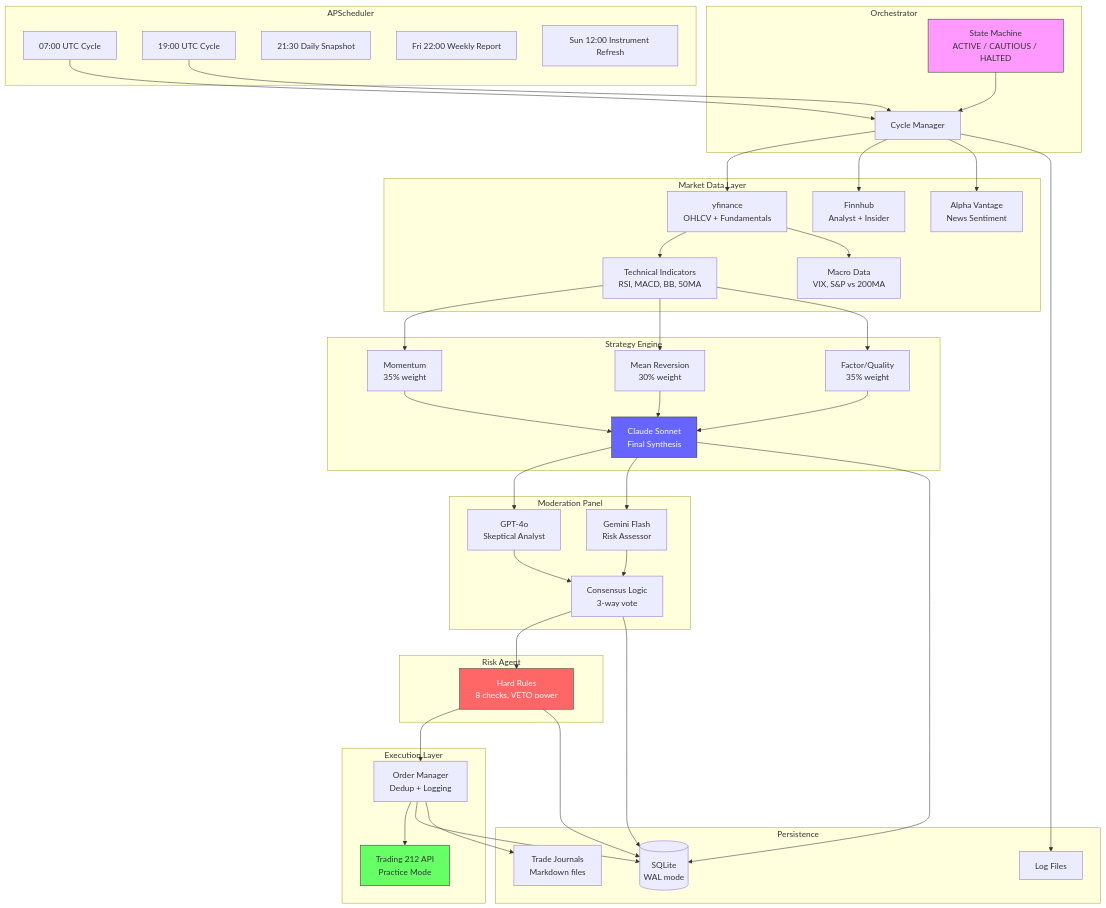
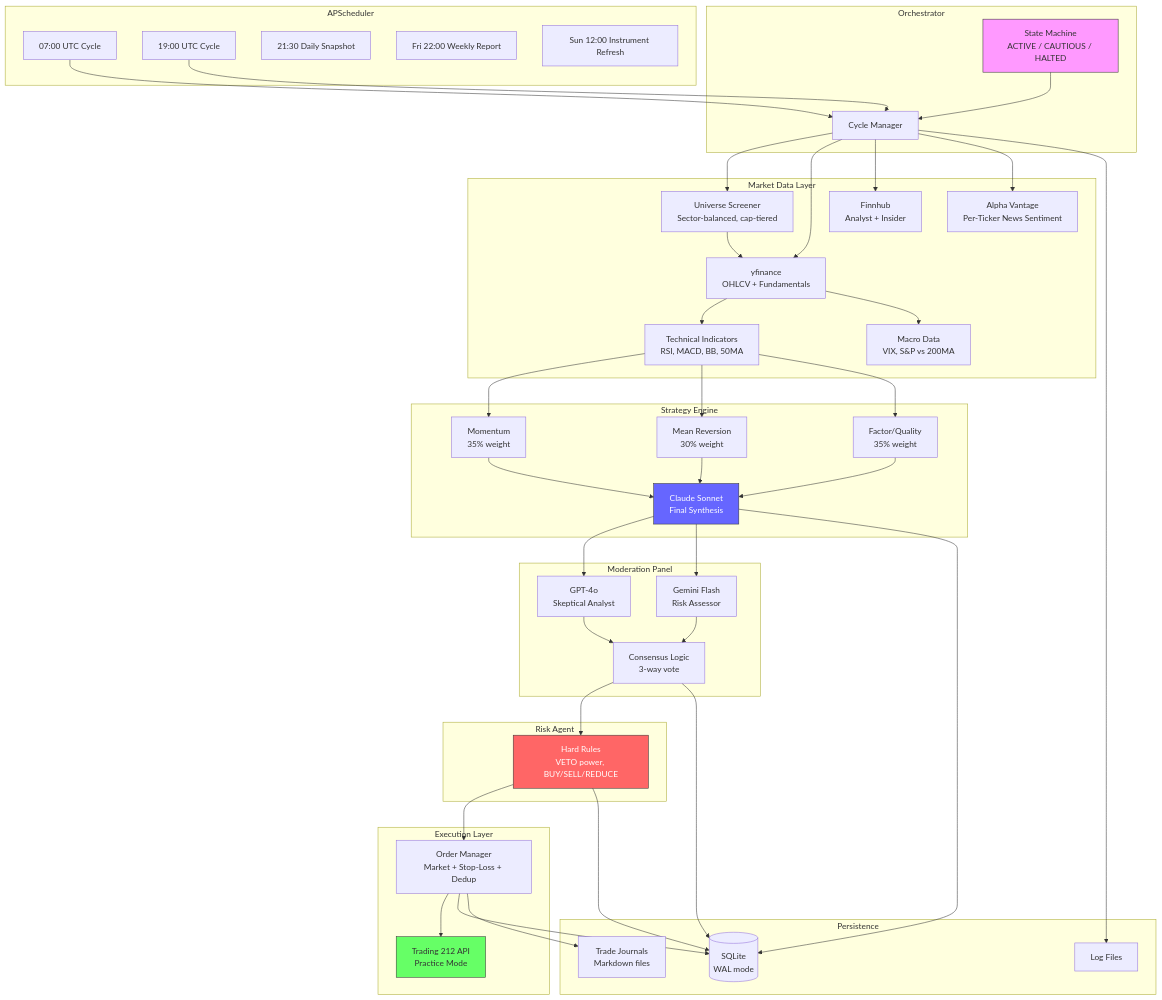
One commit to zenouz-ai/zeninvest changed the first of 5 diagrams in docs/ARCHITECTURE.md. Above: the diagram before and after it, drawn with Mermaid. The commit also changed other lines of this file and 3 other files, not shown here.

First line of the commit message:
docs: update README, ARCHITECTURE, GOVERNANCE, DATA_RATIONALE for pipeline changes

```diff
--- a/docs/ARCHITECTURE.md
+++ b/docs/ARCHITECTURE.md
@@ -219,9 +233,10 @@
     subgraph Data["Market Data Layer"]
         YF[yfinance<br/>OHLCV + Fundamentals]
         FH[Finnhub<br/>Analyst + Insider]
-        AV[Alpha Vantage<br/>News Sentiment]
+        AV[Alpha Vantage<br/>Per-Ticker News Sentiment]
         IND[Technical Indicators<br/>RSI, MACD, BB, 50MA]
         MACRO[Macro Data<br/>VIX, S&P vs 200MA]
+        UNIV[Universe Screener<br/>Sector-balanced, cap-tiered]
     end
 
     subgraph Strategy["Strategy Engine"]
@@ -238,11 +253,11 @@
     end
 
     subgraph Risk["Risk Agent"]
-        RULES[Hard Rules<br/>8 checks, VETO power]
+        RULES[Hard Rules<br/>VETO power, BUY/SELL/REDUCE]
     end
 
     subgraph Execution["Execution Layer"]
-        OM[Order Manager<br/>Dedup + Logging]
+        OM[Order Manager<br/>Market + Stop-Loss + Dedup]
         T212[Trading 212 API<br/>Practice Mode]
     end
 
@@ -256,11 +271,13 @@
     S2 --> CYCLE
     SM --> CYCLE
 
+    CYCLE --> UNIV
     CYCLE --> YF
     CYCLE --> FH
     CYCLE --> AV
     YF --> IND
     YF --> MACRO
+    UNIV --> YF
 
     IND --> MOM
     IND --> MR
```
